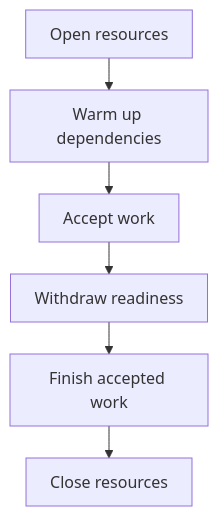
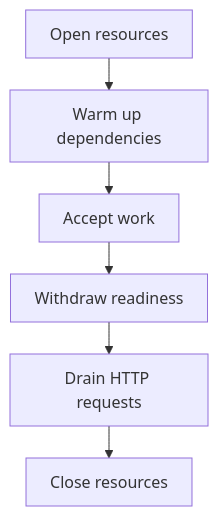
One commit to bedrock-python/bedrock-python.github.io changed the diagram in docs/blog/posts/2026-09-13-python-service-lifecycle.md. Above: the diagram before and after it, drawn with Mermaid. The commit also changed other lines of this file and 205 other files, not shown here.

````diff
--- a/docs/blog/posts/2026-09-13-python-service-lifecycle.md
+++ b/docs/blog/posts/2026-09-13-python-service-lifecycle.md
@@ -75,23 +259,23 @@
 ```mermaid
 ---
 config:
   theme: default
   look: classic
   flowchart:
     useMaxWidth: false
     wrappingWidth: 150
     padding: 12
     nodeSpacing: 24
     rankSpacing: 32
 ---
 flowchart TD
-    accTitle: One owner for every phase
-    accDescr: Readiness follows initialization. During shutdown, resources close after accepted work finishes.
+    accTitle: The HTTP shutdown sequence
+    accDescr: HTTP requests have time to finish before resources close. Requests that exceed the configured limit are cancelled.
     A["Open resources"]
     B["Warm up dependencies"]
     C["Accept work"]
     D["Withdraw readiness"]
-    E["Finish accepted work"]
+    E["Drain HTTP requests"]
     F["Close resources"]
     A --> B --> C --> D --> E --> F
 ```
````
